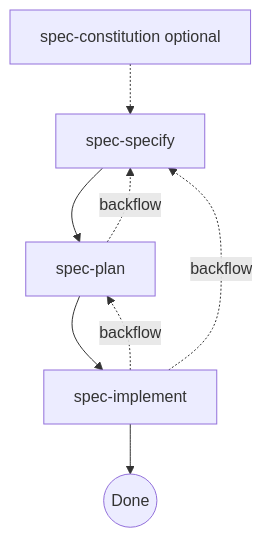
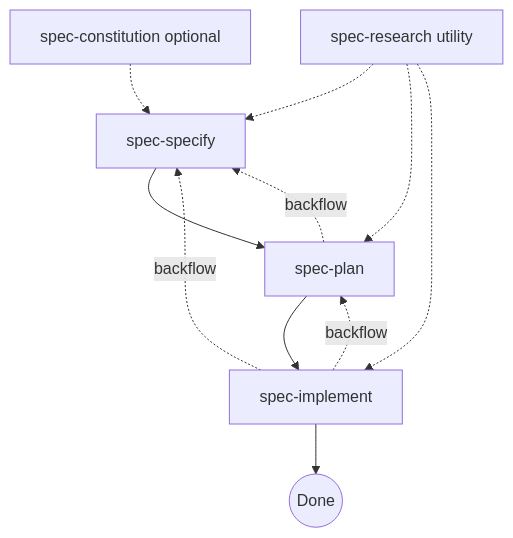
One commit to h3y6e/spec-skills changed the diagram in README.md. Above: the diagram before and after it, drawn with Mermaid. The commit also changed other lines of this file and 7 other files, not shown here.

First line of the commit message:
feat: add spec-research utility skill (#5)

````diff
--- a/README.md
+++ b/README.md
@@ -15,8 +15,11 @@
 ```mermaid
 flowchart TD
     A["spec-constitution optional"] -.-> B["spec-specify"] --> C["spec-plan"] --> D["spec-implement"]
     D --> E((Done))
+    R["spec-research utility"] -.-> B
+    R -.-> C
+    R -.-> D
     C -.->|backflow| B
     D -.->|backflow| C
     D -.->|backflow| B
 ```
````
